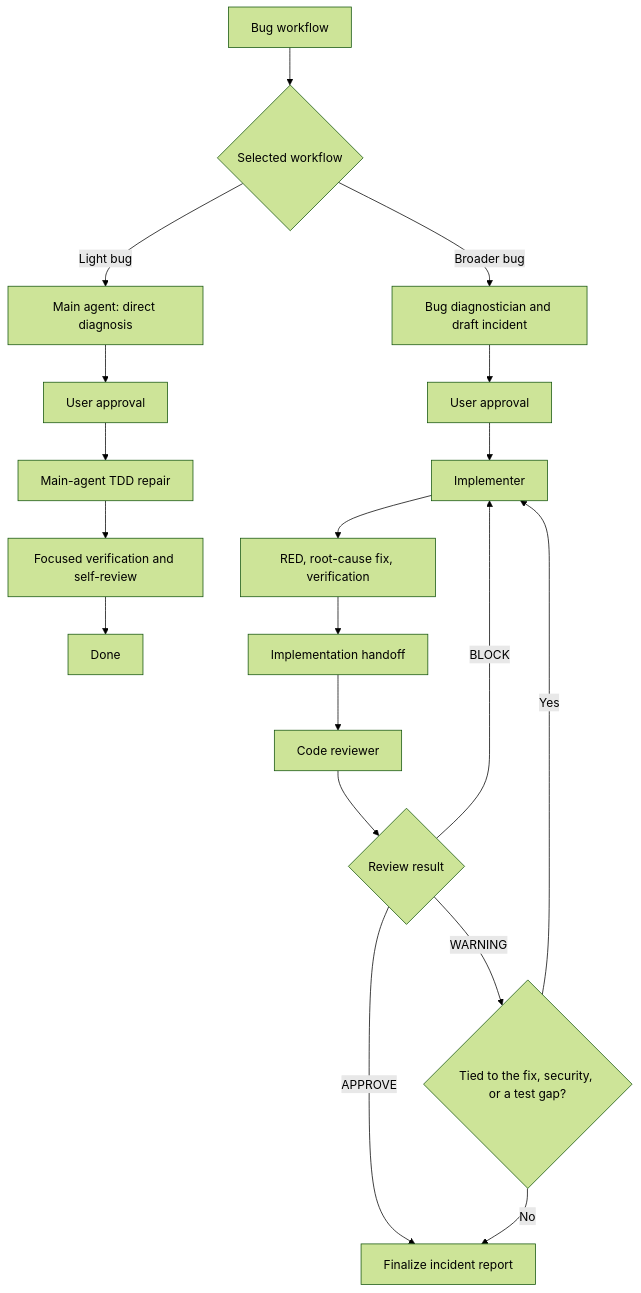
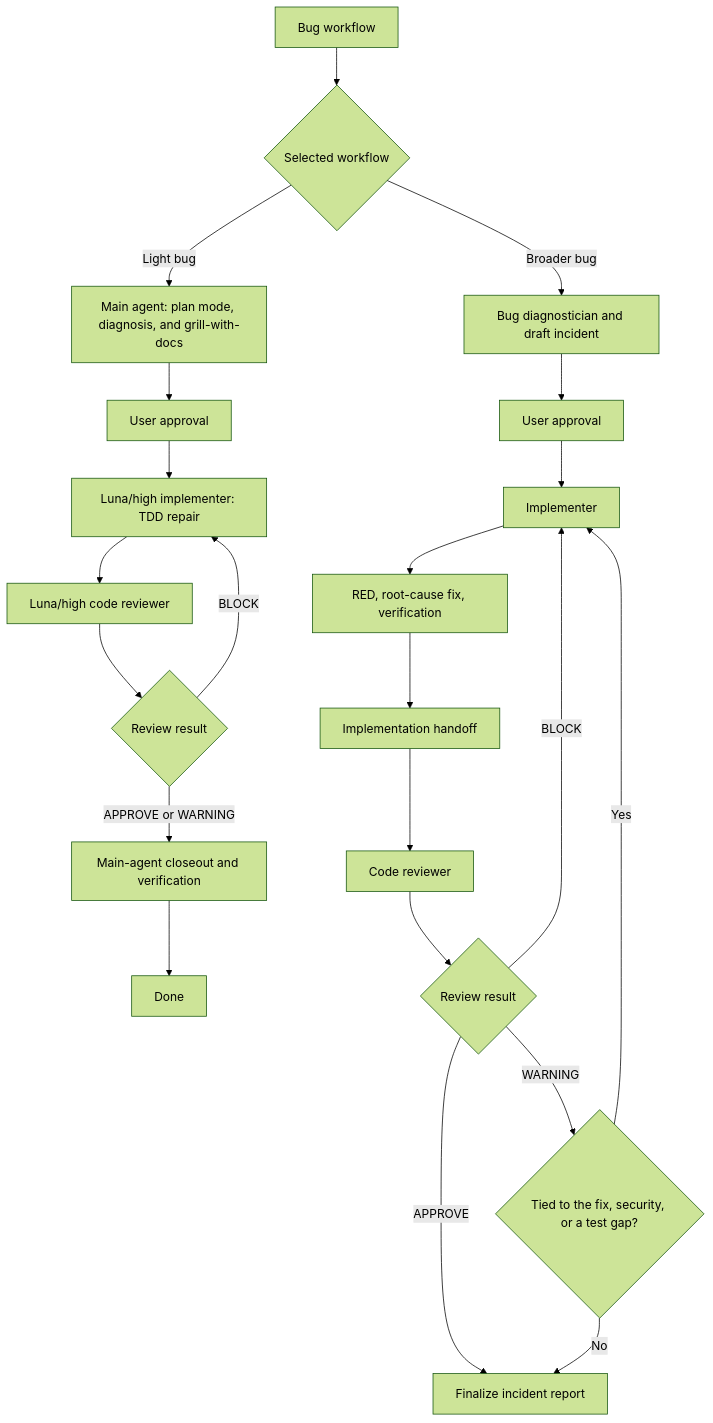
The fourth of 4 diagrams in README.md (aloilor/lean-coding-agent), drawn with Mermaid (forest theme) before and after one commit. The commit also changed other lines of this file and 15 other files, not shown here.

````diff
--- a/README.md
+++ b/README.md
@@ -123,21 +132,24 @@
 ```mermaid
 flowchart TD
     A[Bug workflow] --> B{Selected workflow}
-    B -->|Light bug| C[Main agent: direct diagnosis]
+    B -->|Light bug| C[Main agent: plan mode, diagnosis, and grill-with-docs]
     C --> D[User approval]
-    D --> E[Main-agent TDD repair]
-    E --> F[Focused verification and self-review]
-    F --> N[Done]
+    D --> E[Luna/high implementer: TDD repair]
+    E --> F[Luna/high code reviewer]
+    F --> G{Review result}
+    G -->|BLOCK| E
+    G -->|APPROVE or WARNING| H[Main-agent closeout and verification]
+    H --> N[Done]
     B -->|Broader bug| I[Bug diagnostician and draft incident]
     I --> J[User approval]
     J --> M[Implementer]
     M --> P[RED, root-cause fix, verification]
     P --> Q[Implementation handoff]
     Q --> R[Code reviewer]
     R --> S{Review result}
     S -->|APPROVE| T[Finalize incident report]
     S -->|BLOCK| M
     S -->|WARNING| U{Tied to the fix, security, or a test gap?}
     U -->|Yes| M
     U -->|No| T
 ```
````
